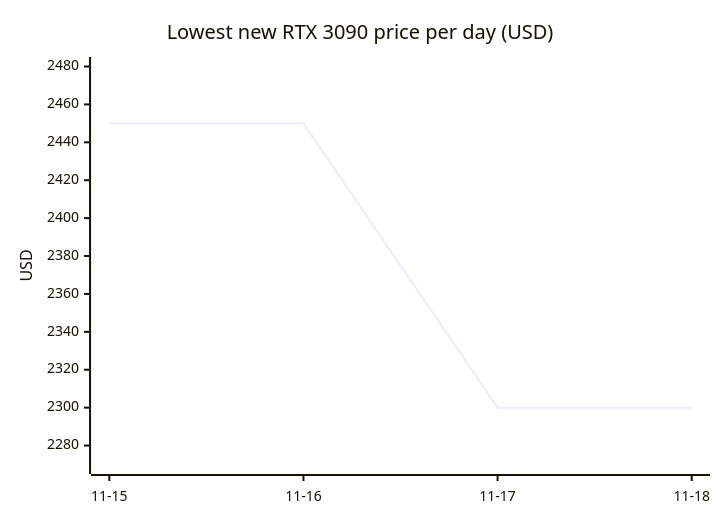
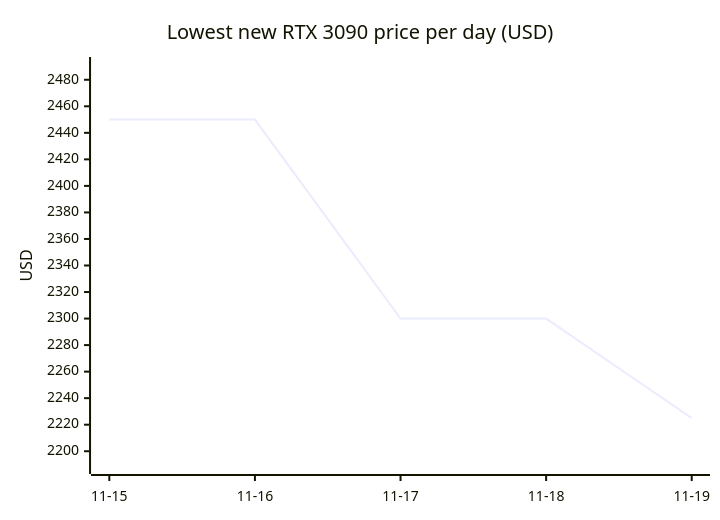
Before and after one commit to 7324136828/4tb_ssd_price_watch: the ninth of 18 diagrams in README.md, drawn with Mermaid. The commit also changed other lines of this file, not shown here.

````diff
--- a/README.md
+++ b/README.md
@@ -691,7 +748,7 @@
 ```mermaid
 xychart-beta
     title "Lowest new RTX 3090 price per day (USD)"
-    x-axis ["11-15", "11-16", "11-17", "11-18"]
-    y-axis "USD" 2270 --> 2480
-    line [2450.00, 2450.00, 2300.00, 2300.00]
+    x-axis ["11-15", "11-16", "11-17", "11-18", "11-19"]
+    y-axis "USD" 2190 --> 2490
+    line [2450.00, 2450.00, 2300.00, 2300.00, 2225.00]
 ```
````
